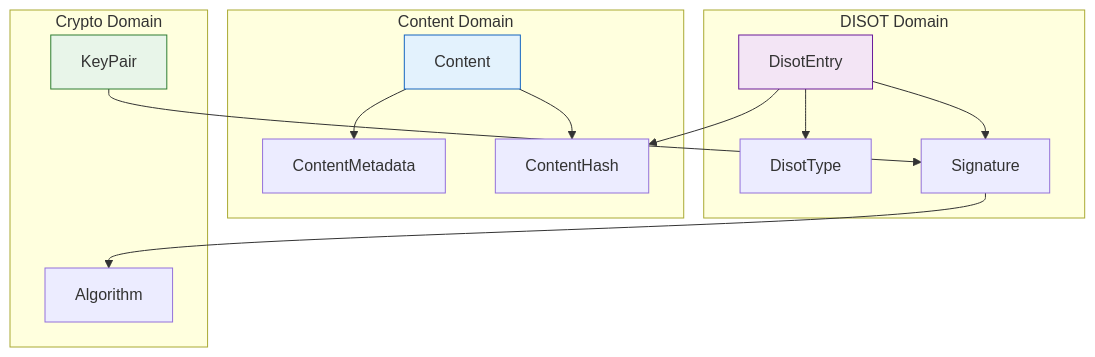
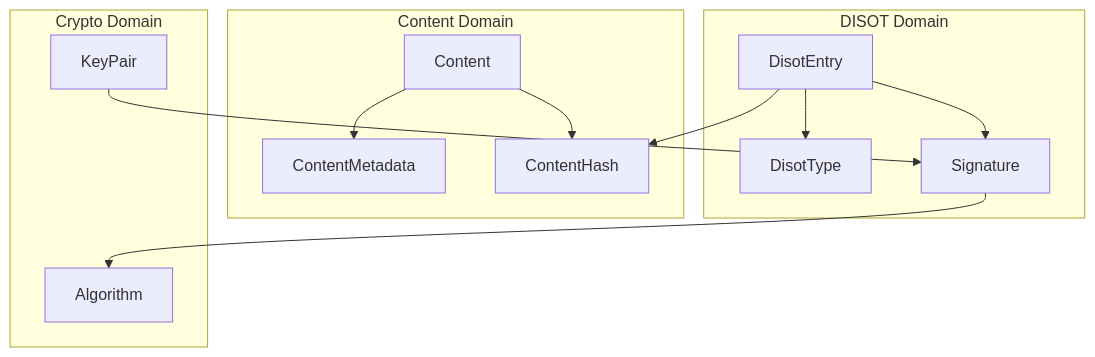
The fifth of 5 diagrams in docs/api/models.md (o2alexanderfedin/angular-cas-disot), drawn with Mermaid before and after one commit. The commit also changed 18 other files, not shown here.

````diff
--- a/docs/api/models.md
+++ b/docs/api/models.md
@@ -285,31 +285,31 @@
 ```mermaid
 graph TD
     subgraph "Content Domain"
         CONTENT[Content]
         METADATA[ContentMetadata]
         HASH[ContentHash]
     end
     
     subgraph "DISOT Domain"
         ENTRY[DisotEntry]
         TYPE[DisotType]
         SIG[Signature]
     end
     
     subgraph "Crypto Domain"
         KEYPAIR[KeyPair]
         ALGORITHM[Algorithm]
     end
     
     CONTENT --> METADATA
     CONTENT --> HASH
     ENTRY --> HASH
     ENTRY --> TYPE
     ENTRY --> SIG
     KEYPAIR --> SIG
     SIG --> ALGORITHM
     
-    style CONTENT fill:#e3f2fd,stroke:#1565c0
-    style ENTRY fill:#f3e5f5,stroke:#6a1b9a
-    style KEYPAIR fill:#e8f5e9,stroke:#2e7d32
+    
+    
+    
 ```
````
